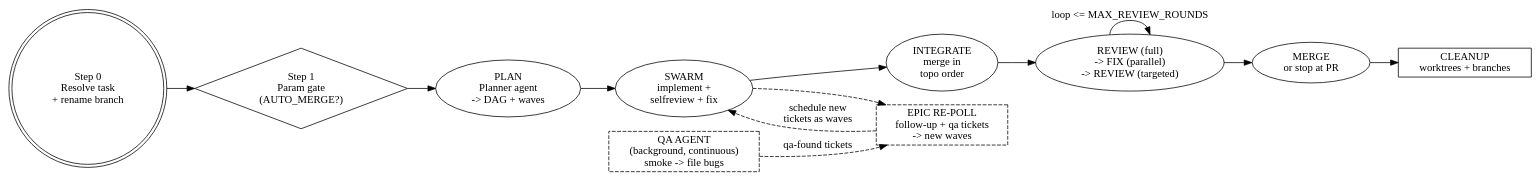
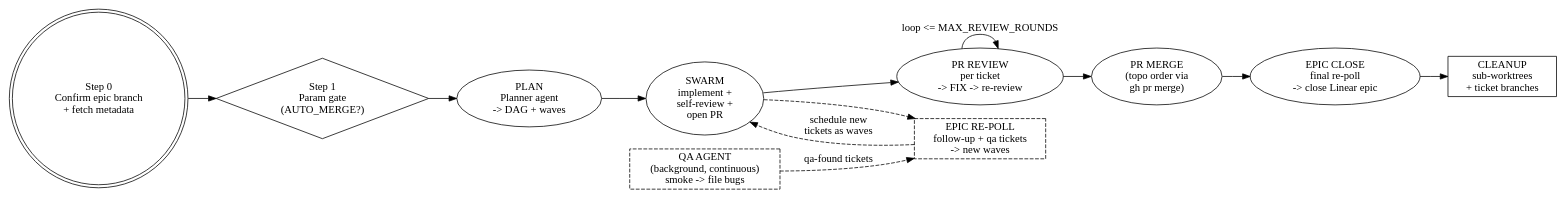
One commit to jparr721/skills changed the diagram in dark-factory/SKILL.md. Above: the diagram before and after it, drawn with Graphviz. The commit also changed other lines of this file, not shown here.

First line of the commit message:
Rework dark-factory merge model and enforce pr-review-toolkit gate

````diff
--- a/dark-factory/SKILL.md
+++ b/dark-factory/SKILL.md
@@ -55,21 +55,21 @@
 ```dot
 digraph dark_factory {
   rankdir=LR;
-  intake   [label="Step 0\nResolve task\n+ rename branch" shape=doublecircle];
+  intake   [label="Step 0\nConfirm epic branch\n+ fetch metadata" shape=doublecircle];
   gate     [label="Step 1\nParam gate\n(AUTO_MERGE?)" shape=diamond];
   plan     [label="PLAN\nPlanner agent\n-> DAG + waves"];
-  swarm    [label="SWARM\nimplement +\nselfreview + fix"];
-  integ    [label="INTEGRATE\nmerge in\ntopo order"];
-  review   [label="REVIEW (full)\n-> FIX (parallel)\n-> REVIEW (targeted)"];
-  merge    [label="MERGE\nor stop at PR"];
-  cleanup  [label="CLEANUP\nworktrees + branches" shape=box];
+  swarm    [label="SWARM\nimplement +\nself-review +\nopen PR"];
+  review   [label="PR REVIEW\nper ticket\n-> FIX -> re-review"];
+  merge    [label="PR MERGE\n(topo order via\ngh pr merge)"];
+  close    [label="EPIC CLOSE\nfinal re-poll\n-> close Linear epic"];
+  cleanup  [label="CLEANUP\nsub-worktrees\n+ ticket branches" shape=box];
   qa       [label="QA AGENT\n(background, continuous)\nsmoke -> file bugs" shape=box style=dashed];
   backfill [label="EPIC RE-POLL\nfollow-up + qa tickets\n-> new waves" shape=box style=dashed];
 
-  intake -> gate -> plan -> swarm -> integ -> review -> merge -> cleanup;
+  intake -> gate -> plan -> swarm -> review -> merge -> close -> cleanup;
   review -> review [label="loop <= MAX_REVIEW_ROUNDS"];
   swarm -> backfill [style=dashed];
   qa -> backfill [label="qa-found tickets" style=dashed];
   backfill -> swarm [label="schedule new\ntickets as waves" style=dashed];
 }
 ```
````
